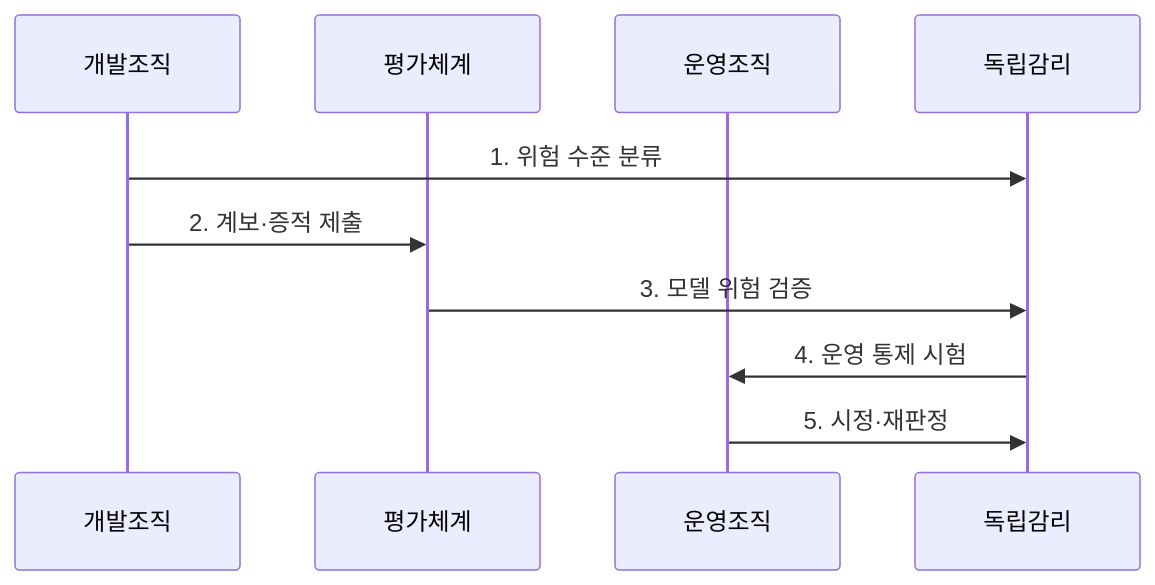
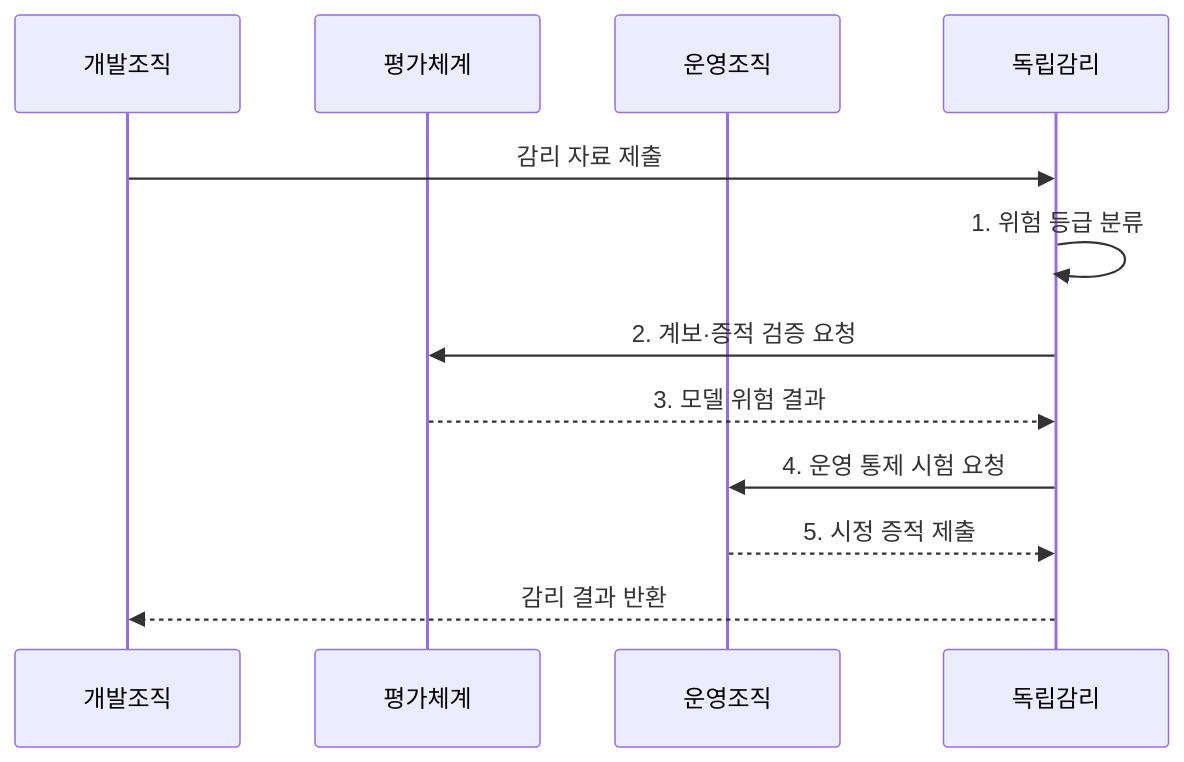
The second of 2 diagrams in src/content/docs/notes/03-software/228_ai_software_audit.md (agnusdei1207/knowledge-base), drawn with Mermaid before and after one commit. The commit also changed other lines of this file and 9 other files, not shown here.

````diff
--- a/src/content/docs/notes/03-software/228_ai_software_audit.md
+++ b/src/content/docs/notes/03-software/228_ai_software_audit.md
@@ -84,12 +88,14 @@
 ```mermaid
 sequenceDiagram
     participant 개발조직
     participant 평가체계
     participant 운영조직
     participant 독립감리
-    개발조직->>독립감리: 1. 위험 수준 분류
-    개발조직->>평가체계: 2. 계보·증적 제출
-    평가체계->>독립감리: 3. 모델 위험 검증
-    독립감리->>운영조직: 4. 운영 통제 시험
-    운영조직->>독립감리: 5. 시정·재판정
+    개발조직->>독립감리: 감리 자료 제출
+    독립감리->>독립감리: 1. 위험 등급 분류
+    독립감리->>평가체계: 2. 계보·증적 검증 요청
+    평가체계-->>독립감리: 3. 모델 위험 결과
+    독립감리->>운영조직: 4. 운영 통제 시험 요청
+    운영조직-->>독립감리: 5. 시정 증적 제출
+    독립감리-->>개발조직: 감리 결과 반환
 ```
````
